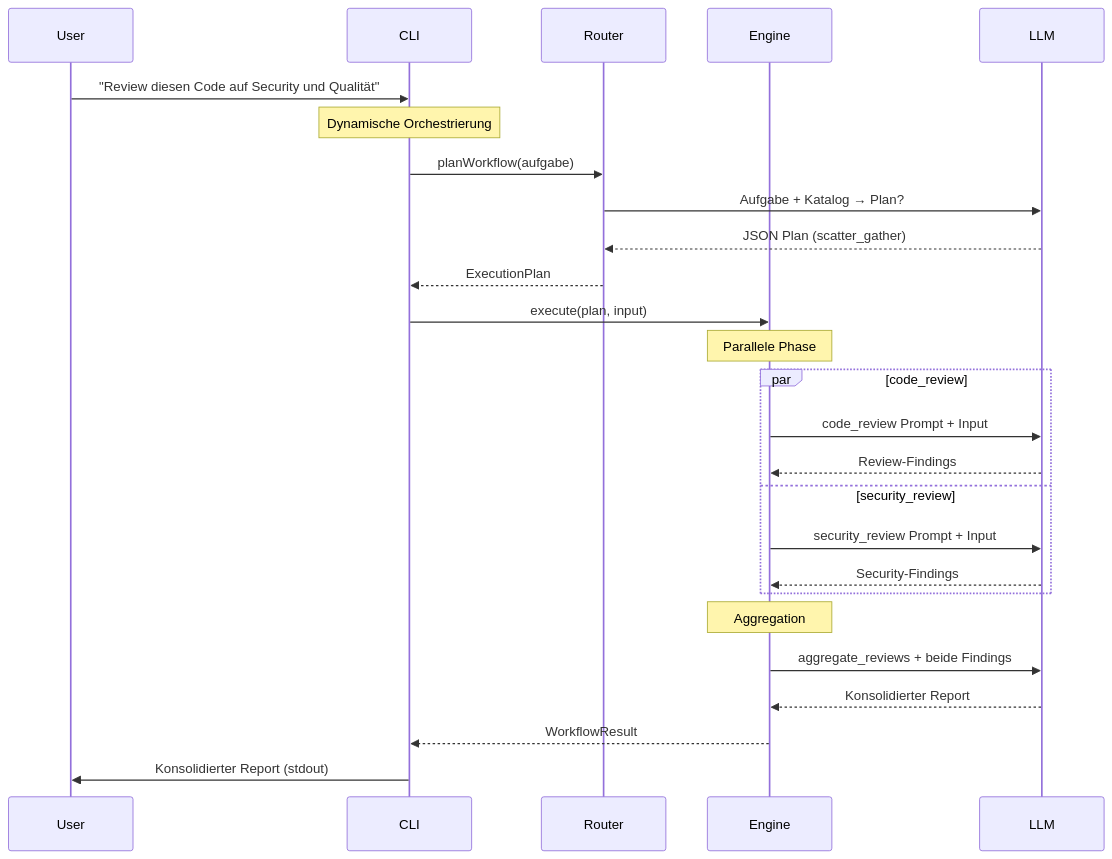
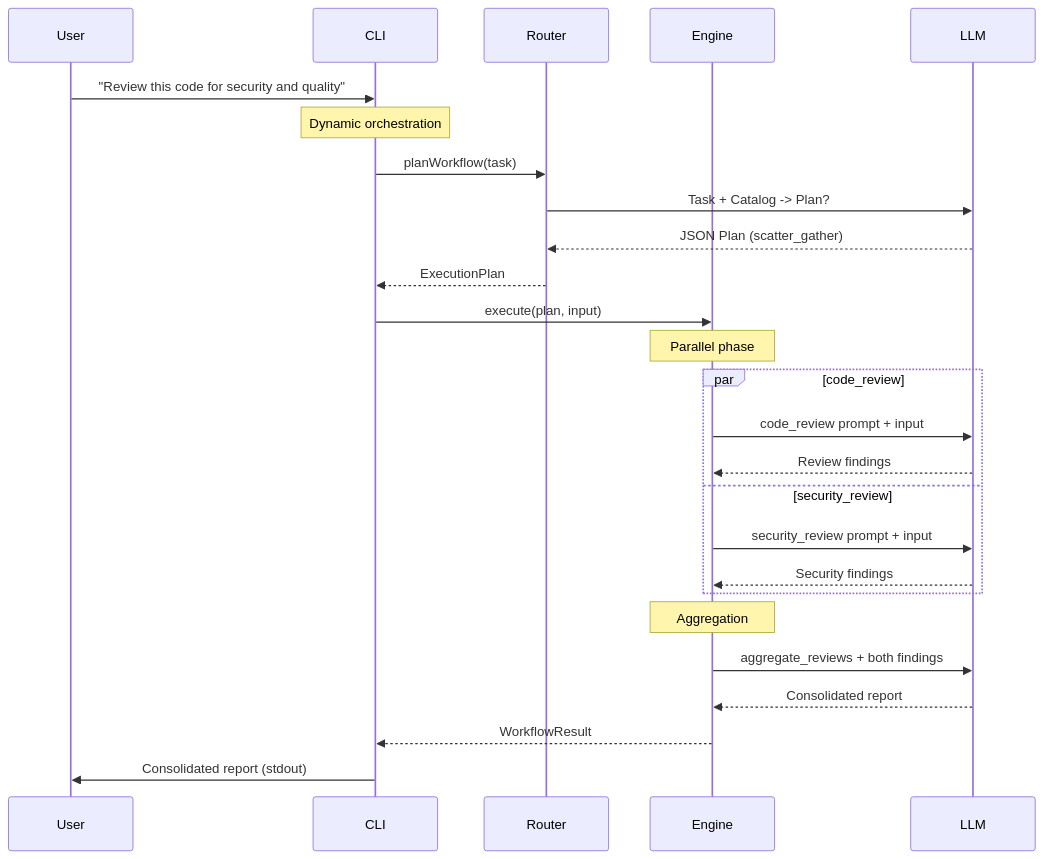
One commit to trosinde/AIOS changed the fifth of 5 diagrams in docs/ARCHITECTURE.md. Above: the diagram before and after it, drawn with Mermaid. The commit also changed other lines of this file and 14 other files, not shown here.

````diff
--- a/docs/ARCHITECTURE.md
+++ b/docs/ARCHITECTURE.md
@@ -295,34 +380,34 @@
 ```mermaid
 sequenceDiagram
     participant User
     participant CLI
     participant Router
     participant Engine
     participant LLM
 
-    User->>CLI: "Review diesen Code auf Security und Qualität"
+    User->>CLI: "Review this code for security and quality"
 
-    Note over CLI: Dynamische Orchestrierung
-    CLI->>Router: planWorkflow(aufgabe)
-    Router->>LLM: Aufgabe + Katalog → Plan?
+    Note over CLI: Dynamic orchestration
+    CLI->>Router: planWorkflow(task)
+    Router->>LLM: Task + Catalog -> Plan?
     LLM-->>Router: JSON Plan (scatter_gather)
     Router-->>CLI: ExecutionPlan
 
     CLI->>Engine: execute(plan, input)
 
-    Note over Engine: Parallele Phase
+    Note over Engine: Parallel phase
     par code_review
-        Engine->>LLM: code_review Prompt + Input
-        LLM-->>Engine: Review-Findings
+        Engine->>LLM: code_review prompt + input
+        LLM-->>Engine: Review findings
     and security_review
-        Engine->>LLM: security_review Prompt + Input
-        LLM-->>Engine: Security-Findings
+        Engine->>LLM: security_review prompt + input
+        LLM-->>Engine: Security findings
     end
 
     Note over Engine: Aggregation
-    Engine->>LLM: aggregate_reviews + beide Findings
-    LLM-->>Engine: Konsolidierter Report
+    Engine->>LLM: aggregate_reviews + both findings
+    LLM-->>Engine: Consolidated report
 
     Engine-->>CLI: WorkflowResult
-    CLI->>User: Konsolidierter Report (stdout)
+    CLI->>User: Consolidated report (stdout)
 ```
````
